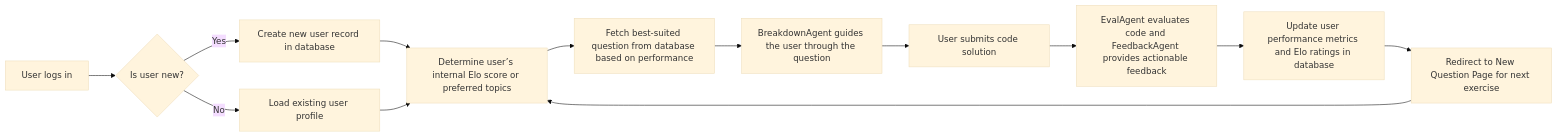
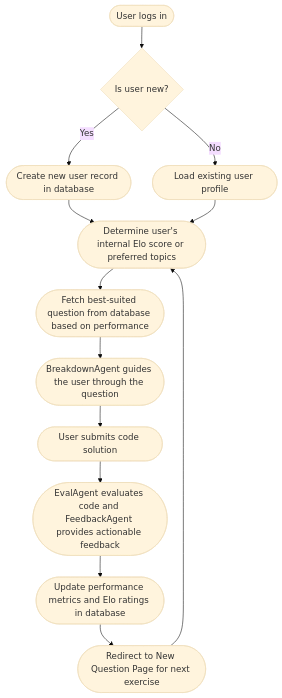
Before and after one commit to GG2k4/Python-Coach: the diagram in README.md, drawn with Mermaid (base theme). The commit also changed other lines of this file, not shown here.

````diff
--- a/README.md
+++ b/README.md
@@ -147,15 +147,16 @@
 ```mermaid
-flowchart LR
-  A[User logs in] --> B{Is user new?}
-  B -- Yes --> C[Create new user record in database]
-  B -- No --> D[Load existing user profile]
-  C --> E[Determine user’s internal Elo score or preferred topics]
+%%{init: {'flowchart': {'nodeSpacing': 40, 'rankSpacing': 40}}}%%
+flowchart TB
+  A([User logs in]) --> B{Is user new?}
+  B -- "Yes" --> C([Create new user record in database])
+  B -- "No" --> D([Load existing user profile])
+  C --> E([Determine user's internal Elo score or preferred topics])
   D --> E
-  E --> F[Fetch best-suited question from database based on performance]
-  F --> G[BreakdownAgent guides the user through the question]
-  G --> H[User submits code solution]
-  H --> I[EvalAgent evaluates code and FeedbackAgent provides actionable feedback]
-  I --> J[Update user performance metrics and Elo ratings in database]
-  J --> K[Redirect to New Question Page for next exercise]
+  E --> F([Fetch best‑suited question from database based on performance])
+  F --> G([BreakdownAgent guides the user through the question])
+  G --> H([User submits code solution])
+  H --> I([EvalAgent evaluates code and FeedbackAgent provides actionable feedback])
+  I --> J([Update performance metrics and Elo ratings in database])
+  J --> K([Redirect to New Question Page for next exercise])
   K --> E
 ```
````
